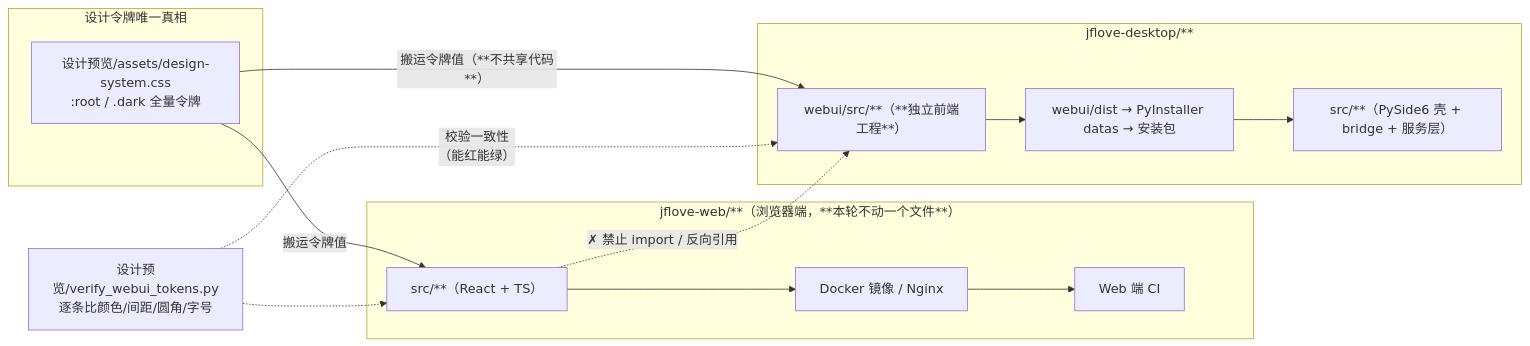
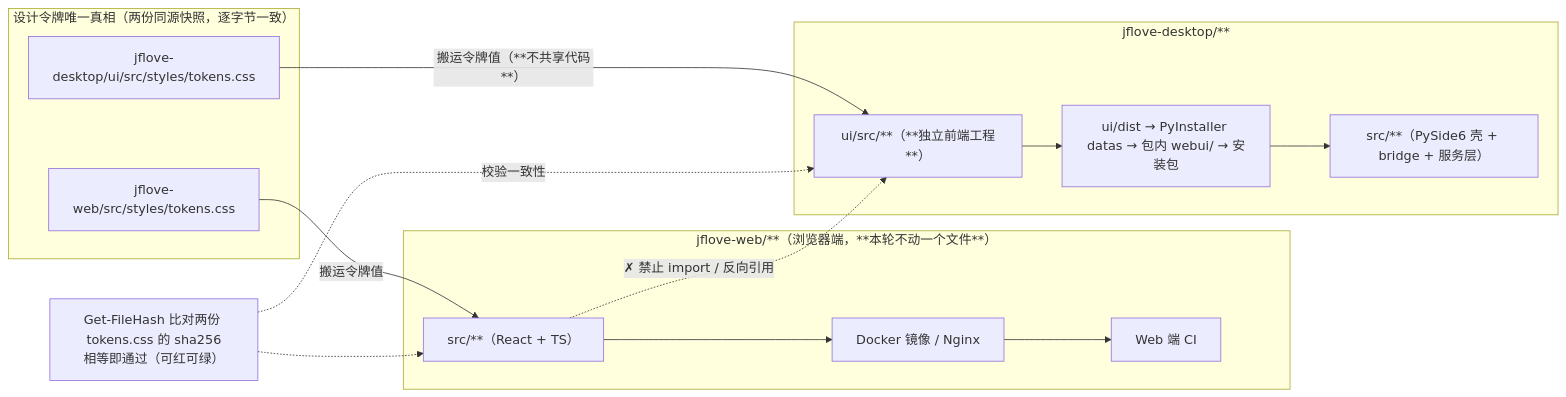
One commit to js1688/jflove changed the third of 3 diagrams in 文档记录/设计文档/v1.5.0.md. Above: the diagram before and after it, drawn with Mermaid. The commit also changed other lines of this file and 65 other files, not shown here.

````diff
--- a/文档记录/设计文档/v1.5.0.md
+++ b/文档记录/设计文档/v1.5.0.md
@@ -1221,26 +1260,27 @@
 ```mermaid
 flowchart LR
     subgraph WEB["jflove-web/**（浏览器端，**本轮不动一个文件**）"]
         WSRC["src/**（React + TS）"]
         WBUILD["Docker 镜像 / Nginx"]
         WCI["Web 端 CI"]
         WSRC --> WBUILD --> WCI
     end
 
-    subgraph TOK["设计令牌唯一真相"]
-        CSS["设计预览/assets/design-system.css<br/>:root / .dark 全量令牌"]
+    subgraph TOK["设计令牌唯一真相（两份同源快照，逐字节一致）"]
+        CSSW["jflove-web/src/styles/tokens.css"]
+        CSSD["jflove-desktop/ui/src/styles/tokens.css"]
     end
 
     subgraph DESK["jflove-desktop/**"]
-        DUI["webui/src/**（**独立前端工程**）"]
-        DDIST["webui/dist → PyInstaller datas → 安装包"]
+        DUI["ui/src/**（**独立前端工程**）"]
+        DDIST["ui/dist → PyInstaller datas → 包内 webui/ → 安装包"]
         DSRC["src/**（PySide6 壳 + bridge + 服务层）"]
         DUI --> DDIST --> DSRC
     end
 
-    CSS -->|"搬运令牌值"| WSRC
-    CSS -->|"搬运令牌值（**不共享代码**）"| DUI
-    GUARD["设计预览/verify_webui_tokens.py<br/>逐条比颜色/间距/圆角/字号"] -.->|"校验一致性<br/>（能红能绿）"| DUI
+    CSSW -->|"搬运令牌值"| WSRC
+    CSSD -->|"搬运令牌值（**不共享代码**）"| DUI
+    GUARD["Get-FileHash 比对两份 tokens.css 的 sha256<br/>相等即通过（可红可绿）"] -.->|"校验一致性"| DUI
     GUARD -.-> WSRC
     WSRC -. "✗ 禁止 import / 反向引用" .-> DUI
 ```
````
